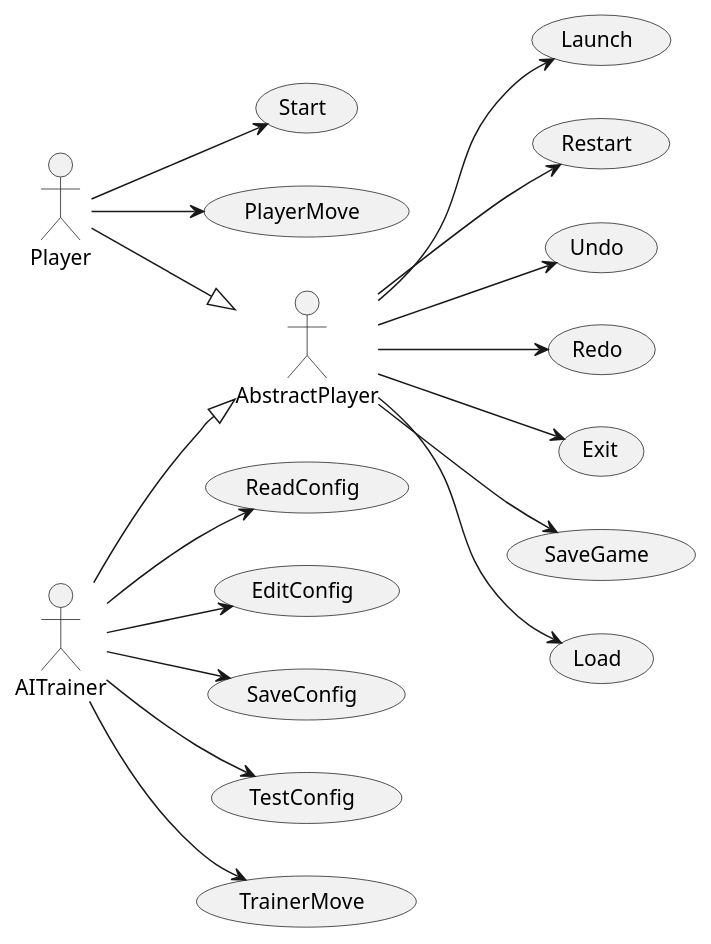
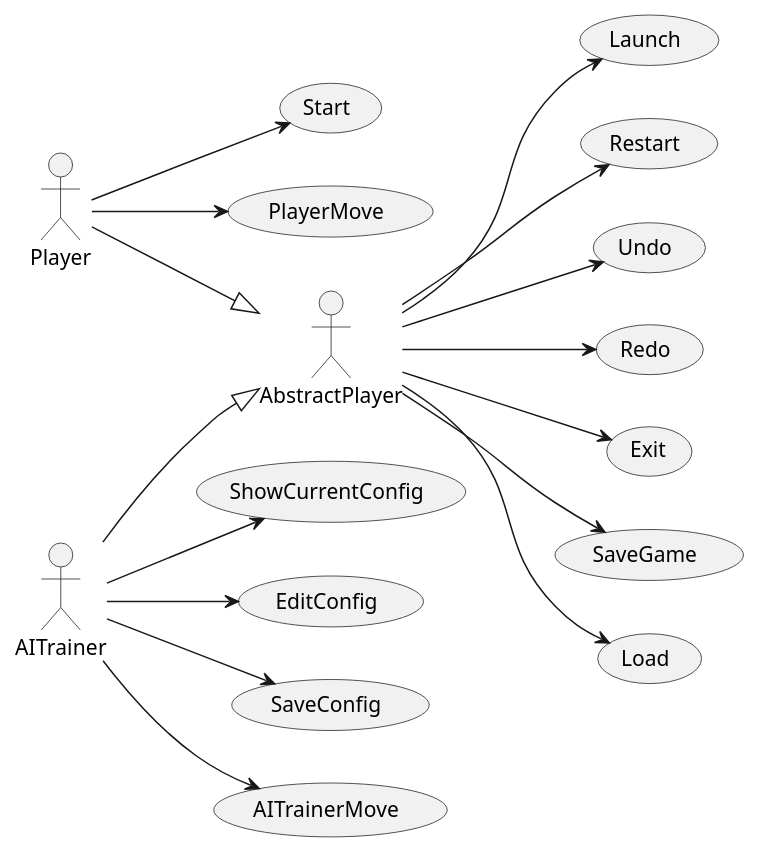
One commit to Master-Desarrollo-20-21/patrones-diseno---practica-final---juego-de-las-damas-fraylopez changed the diagram in docs/src/use-cases/use-cases.plantuml. Above: the diagram before and after it, drawn with PlantUML. The commit also changed 6 other files, not shown here.

Commit message:
update on diagrams

```diff
--- a/docs/src/use-cases/use-cases.plantuml
+++ b/docs/src/use-cases/use-cases.plantuml
@@ -1,46 +1,41 @@
 @startuml UseCases
 left to right direction
 actor Player
 actor AITrainer
 actor AbstractPlayer
 
 AITrainer -down-|> AbstractPlayer
 Player -down-|> AbstractPlayer
 
 usecase Launch
 usecase Start
 usecase PlayerMove
 usecase Restart
 usecase Undo
 usecase Redo
 usecase Exit
 usecase SaveGame
 usecase Load
 
 AbstractPlayer --> Launch
-' AbstractPlayer --> Move
 AbstractPlayer --> Undo
 AbstractPlayer --> Redo
 AbstractPlayer --> Exit
 AbstractPlayer --> SaveGame
 AbstractPlayer --> Restart
 AbstractPlayer --> Load
 
 Player --> Start
 Player --> PlayerMove
 
-usecase ReadConfig
+usecase ShowCurrentConfig
 usecase EditConfig
 usecase SaveConfig
-usecase TestConfig
-usecase TrainerMove
+usecase AITrainerMove
 
-AITrainer --> ReadConfig
+AITrainer --> ShowCurrentConfig
 AITrainer --> EditConfig
 AITrainer --> SaveConfig
-AITrainer --> TestConfig
-AITrainer --> TrainerMove
+AITrainer --> AITrainerMove
 
-' EditConfig ..> Start :"include"
-' EditConfig <.. SaveConfig :"extends"
 @enduml
```
